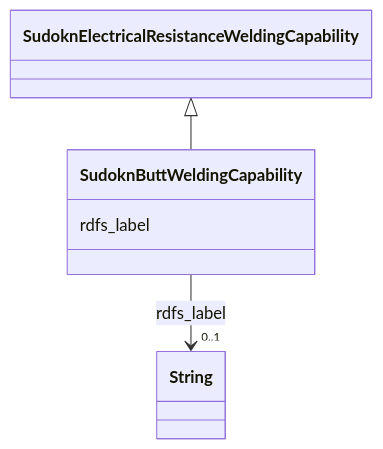
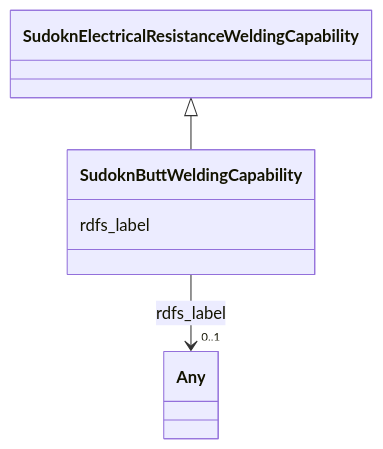
One commit to frink-okn/graph-descriptions changed the diagram in sudokn-kg/classes/SudoknButtWeldingCapability.md. Above: the diagram before and after it, drawn with Mermaid. The commit also changed other lines of this file and 903 other files, not shown here.

````diff
--- a/sudokn-kg/classes/SudoknButtWeldingCapability.md
+++ b/sudokn-kg/classes/SudoknButtWeldingCapability.md
@@ -23,18 +16,18 @@
 ```mermaid
  classDiagram
     class SudoknButtWeldingCapability
     click SudoknButtWeldingCapability href "../SudoknButtWeldingCapability"
       SudoknElectricalResistanceWeldingCapability <|-- SudoknButtWeldingCapability
         click SudoknElectricalResistanceWeldingCapability href "../SudoknElectricalResistanceWeldingCapability"
       
       SudoknButtWeldingCapability : rdfs_label
         
           
     
     
-    SudoknButtWeldingCapability --> "0..1" String : rdfs_label
-    click String href "../String"
+    SudoknButtWeldingCapability --> "0..1" Any : rdfs_label
+    click Any href "../Any"
 
         
       
 ```
````
